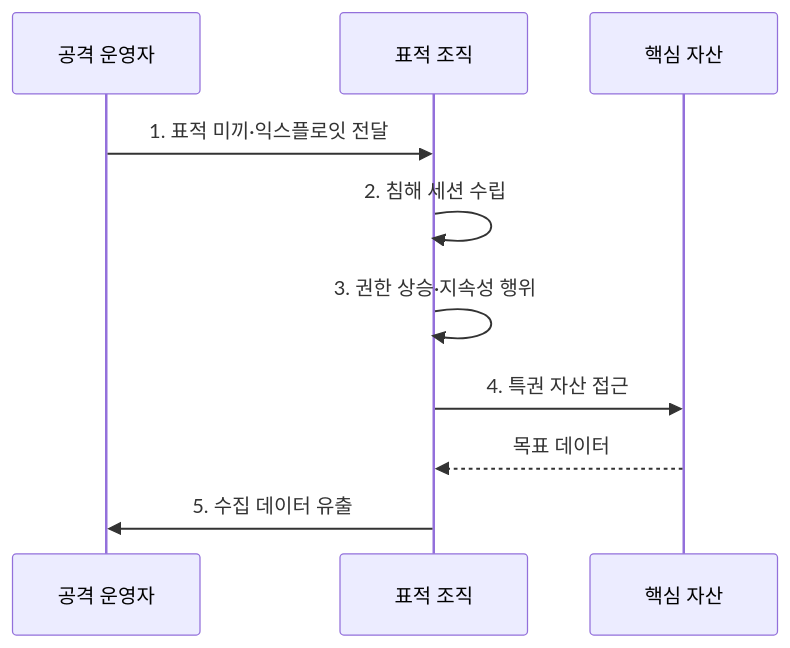
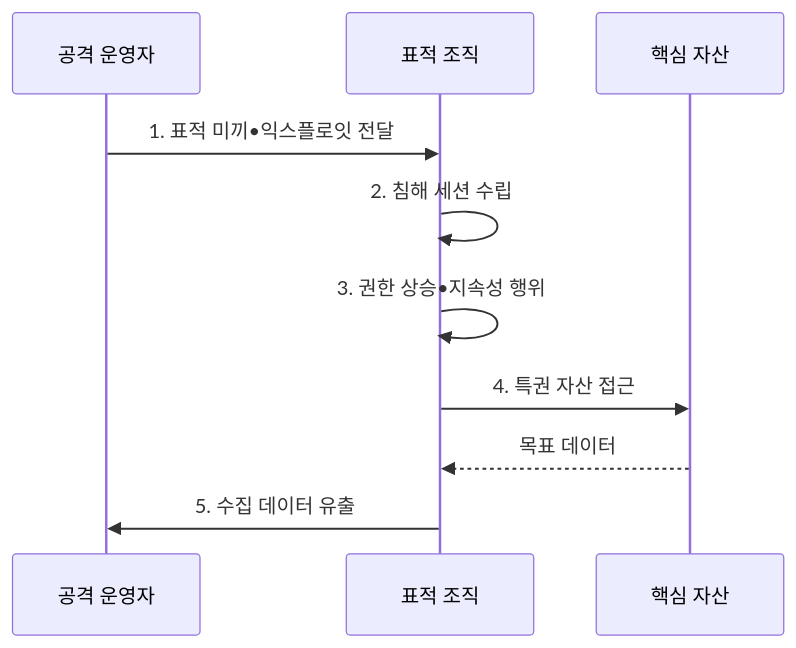
One commit to agnusdei1207/knowledge-base changed the second of 2 diagrams in src/content/docs/notes/05-security/027_advanced_persistent_threat.md. Above: the diagram before and after it, drawn with Mermaid. The commit also changed other lines of this file and 953 other files, not shown here.

````diff
--- a/src/content/docs/notes/05-security/027_advanced_persistent_threat.md
+++ b/src/content/docs/notes/05-security/027_advanced_persistent_threat.md
@@ -104,12 +104,12 @@
 ```mermaid
 sequenceDiagram
     participant A as 공격 운영자
     participant H as 표적 조직
     participant C as 핵심 자산
-    A->>H: 1. 표적 미끼·익스플로잇 전달
+    A->>H: 1. 표적 미끼•익스플로잇 전달
     H->>H: 2. 침해 세션 수립
-    H->>H: 3. 권한 상승·지속성 행위
+    H->>H: 3. 권한 상승•지속성 행위
     H->>C: 4. 특권 자산 접근
     C-->>H: 목표 데이터
     H->>A: 5. 수집 데이터 유출
 ```
````
